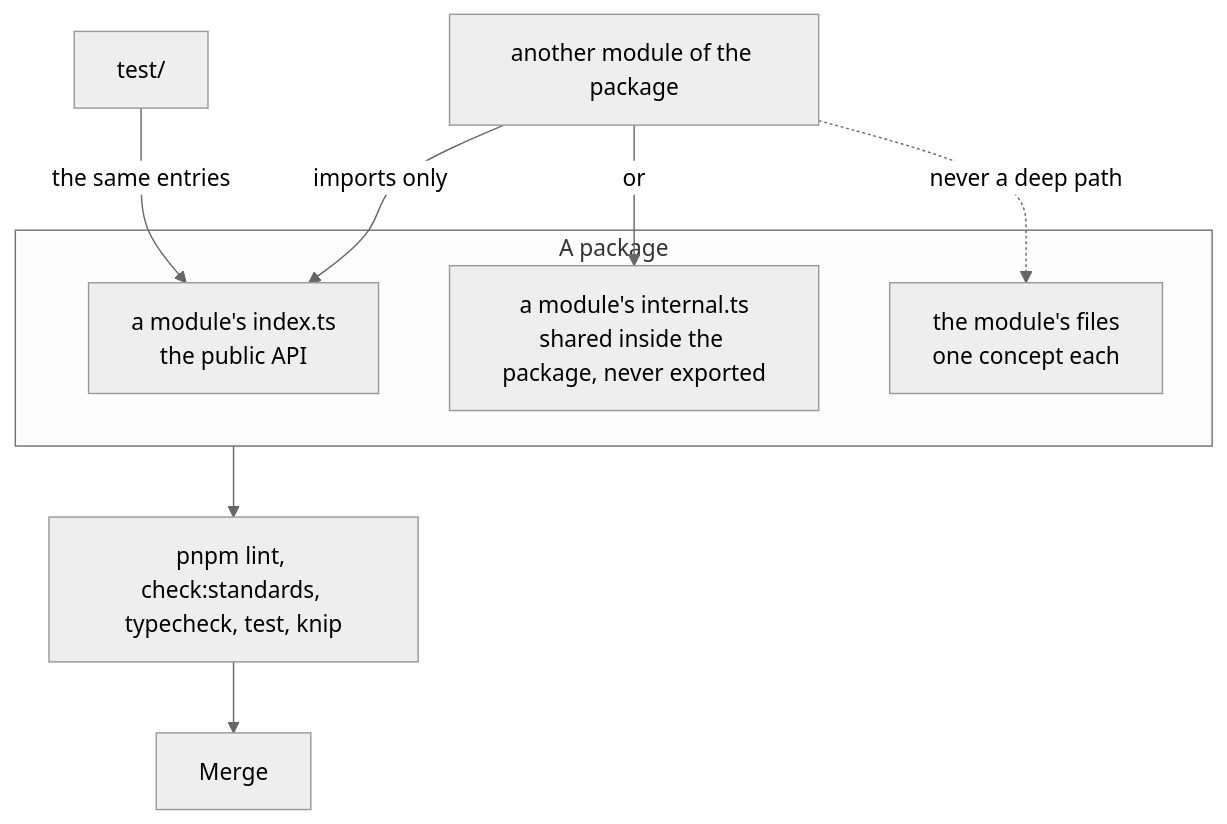
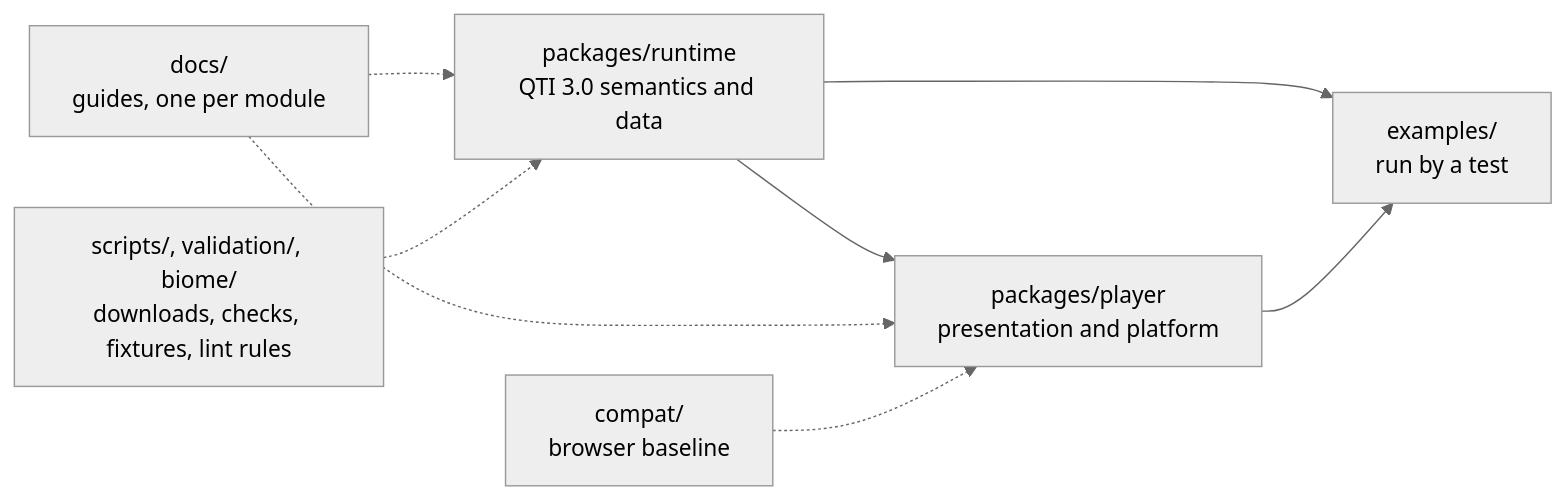
The diagram in AGENTS.md (assesskit/assesskit), drawn with Mermaid (neutral theme) before and after one commit. The commit also changed other lines of this file, not shown here.

First line of the commit message:
Rewrite AGENTS.md as one line per rule, without what a gate enforces or another document says

````diff
--- a/AGENTS.md
+++ b/AGENTS.md
@@ -11,14 +7,10 @@
 ```mermaid
-flowchart TB
-  subgraph pkg["A package"]
-    index["a module's index.ts<br/>the public API"]
-    internal["a module's internal.ts<br/>shared inside the package, never exported"]
-    files["the module's files<br/>one concept each"]
-  end
-  other["another module of the package"] -->|"imports only"| index
-  other -->|"or"| internal
-  other -. "never a deep path" .-> files
-  tests["test/"] -->|"the same entries"| index
-  pkg --> gates["pnpm lint, check:standards, typecheck, test, knip"]
-  gates --> merge["Merge"]
+flowchart LR
+  runtime["packages/runtime<br/>QTI 3.0 semantics and data"] --> player["packages/player<br/>presentation and platform"]
+  runtime --> examples["examples/<br/>run by a test"]
+  player --> examples
+  docs["docs/<br/>guides, one per module"] -.-> runtime
+  docs -.-> player
+  tools["scripts/, validation/, biome/<br/>downloads, checks, fixtures, lint rules"] -.-> runtime
+  compat["compat/<br/>browser baseline"] -.-> player
 ```
````
